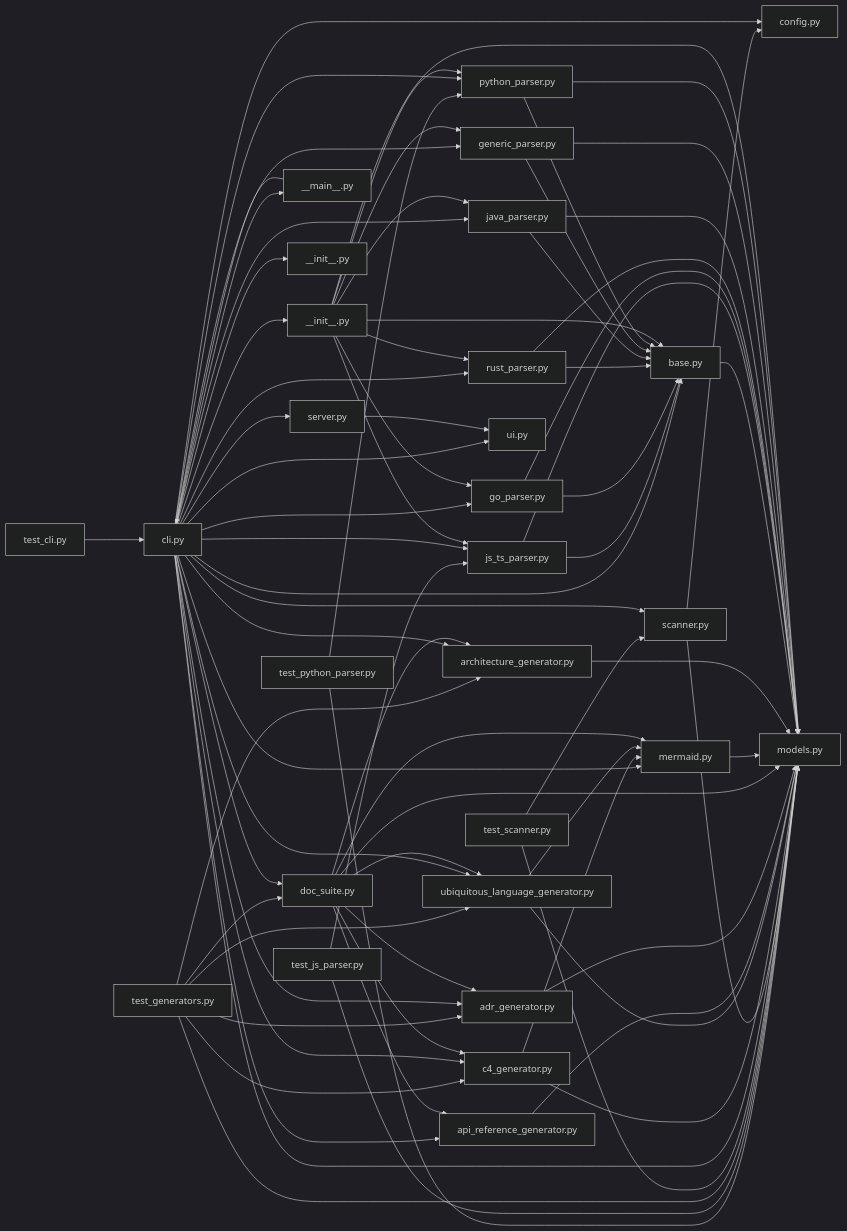
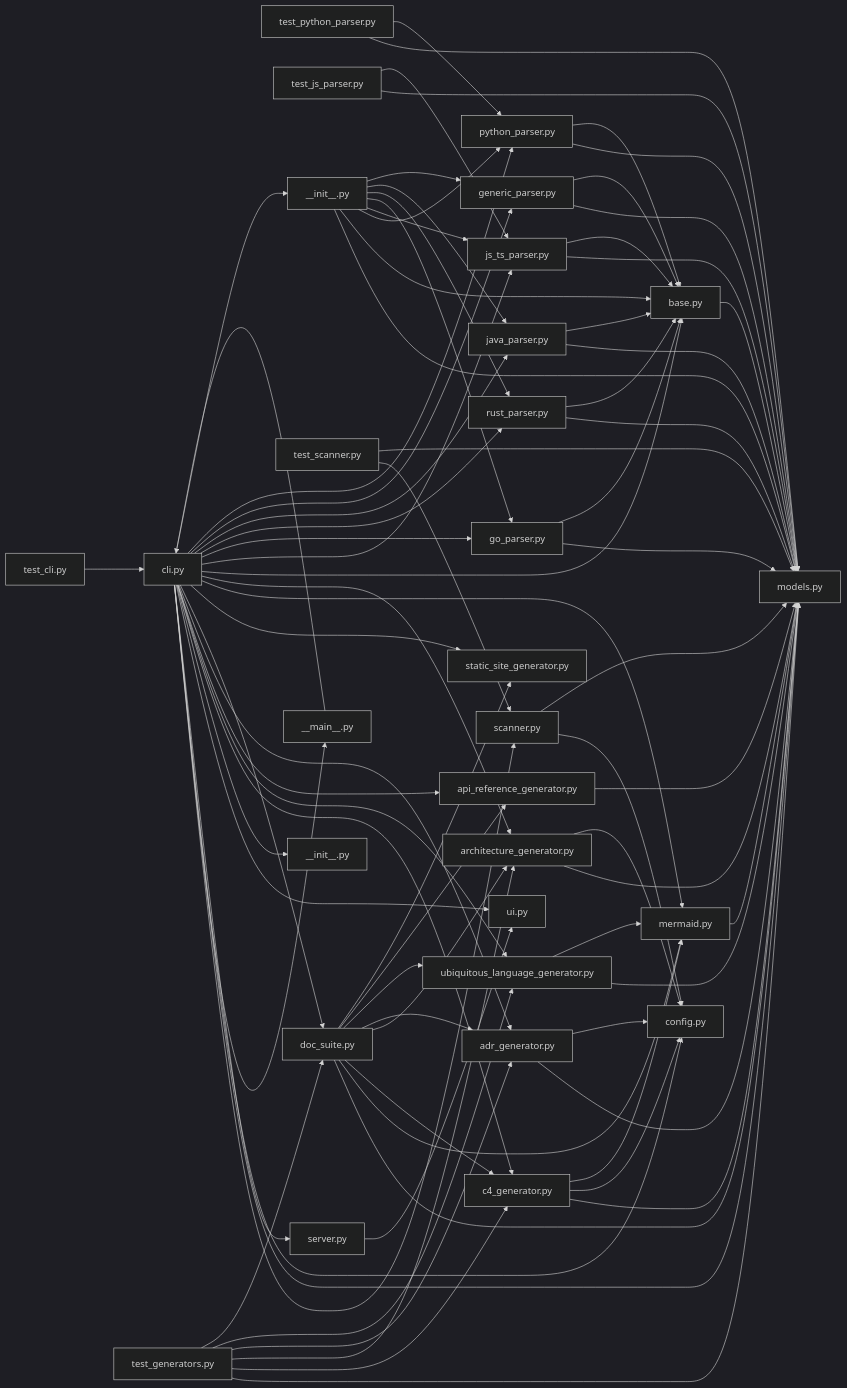
The diagram in docs/DEPENDENCIES.md (marcoswferreira/doc-gen), drawn with Mermaid (dark theme) before and after one commit. The commit also changed 14 other files, not shown here.

```diff
--- a/docs/DEPENDENCIES.md
+++ b/docs/DEPENDENCIES.md
@@ -31,6 +31,7 @@
     docgen_cli_py["cli.py"] --> docgen_generators_api_reference_generator_py["api_reference_generator.py"]
     docgen_cli_py["cli.py"] --> docgen_generators_adr_generator_py["adr_generator.py"]
     docgen_cli_py["cli.py"] --> docgen_generators_doc_suite_py["doc_suite.py"]
+    docgen_cli_py["cli.py"] --> docgen_generators_static_site_generator_py["static_site_generator.py"]
     docgen_cli_py["cli.py"] --> docgen_generators_mermaid_py["mermaid.py"]
     docgen_cli_py["cli.py"] --> docgen_generators_architecture_generator_py["architecture_generator.py"]
     docgen_cli_py["cli.py"] --> docgen_parsers_base_py["base.py"]
@@ -43,11 +44,13 @@
     docgen_cli_py["cli.py"] --> docgen_parsers___init___py["__init__.py"]
     docgen_server_py["server.py"] --> docgen_ui_py["ui.py"]
     docgen_generators_c4_generator_py["c4_generator.py"] --> docgen_models_py["models.py"]
+    docgen_generators_c4_generator_py["c4_generator.py"] --> docgen_config_py["config.py"]
     docgen_generators_c4_generator_py["c4_generator.py"] --> docgen_generators_mermaid_py["mermaid.py"]
     docgen_generators_ubiquitous_language_generator_py["ubiquitous_language_generator.py"] --> docgen_models_py["models.py"]
     docgen_generators_ubiquitous_language_generator_py["ubiquitous_language_generator.py"] --> docgen_generators_mermaid_py["mermaid.py"]
     docgen_generators_api_reference_generator_py["api_reference_generator.py"] --> docgen_models_py["models.py"]
     docgen_generators_adr_generator_py["adr_generator.py"] --> docgen_models_py["models.py"]
+    docgen_generators_adr_generator_py["adr_generator.py"] --> docgen_config_py["config.py"]
     docgen_generators_doc_suite_py["doc_suite.py"] --> docgen_models_py["models.py"]
     docgen_generators_doc_suite_py["doc_suite.py"] --> docgen_generators_mermaid_py["mermaid.py"]
     docgen_generators_doc_suite_py["doc_suite.py"] --> docgen_generators_c4_generator_py["c4_generator.py"]
@@ -55,8 +58,10 @@
     docgen_generators_doc_suite_py["doc_suite.py"] --> docgen_generators_adr_generator_py["adr_generator.py"]
     docgen_generators_doc_suite_py["doc_suite.py"] --> docgen_generators_ubiquitous_language_generator_py["ubiquitous_language_generator.py"]
     docgen_generators_doc_suite_py["doc_suite.py"] --> docgen_generators_api_reference_generator_py["api_reference_generator.py"]
+    docgen_generators_doc_suite_py["doc_suite.py"] --> docgen_generators_static_site_generator_py["static_site_generator.py"]
     docgen_generators_mermaid_py["mermaid.py"] --> docgen_models_py["models.py"]
     docgen_generators_architecture_generator_py["architecture_generator.py"] --> docgen_models_py["models.py"]
+    docgen_generators_architecture_generator_py["architecture_generator.py"] --> docgen_config_py["config.py"]
     docgen_parsers_base_py["base.py"] --> docgen_models_py["models.py"]
     docgen_parsers_js_ts_parser_py["js_ts_parser.py"] --> docgen_models_py["models.py"]
     docgen_parsers_js_ts_parser_py["js_ts_parser.py"] --> docgen_parsers_base_py["base.py"]
```
